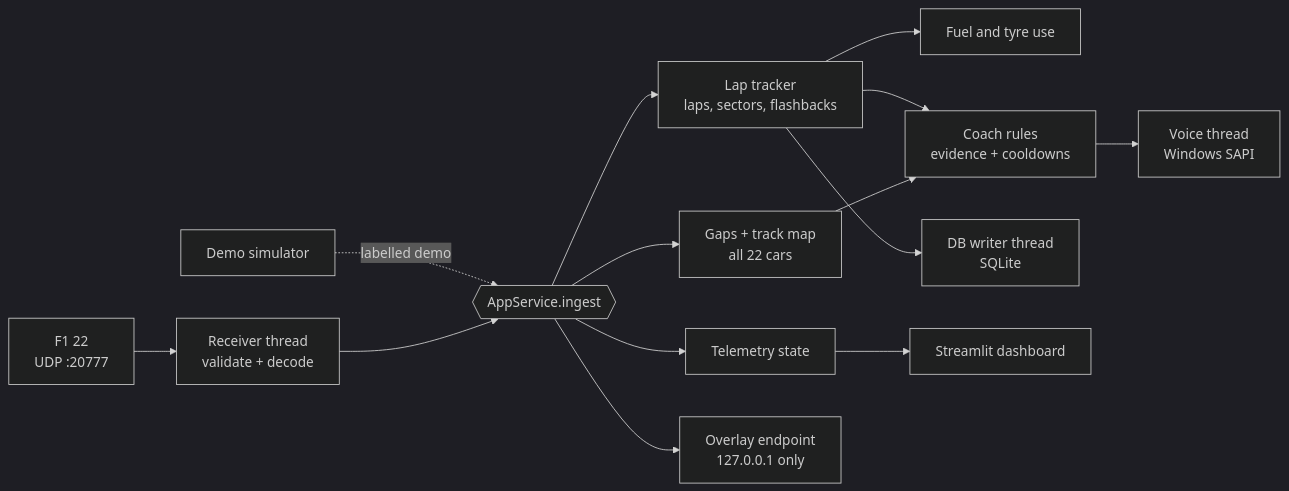
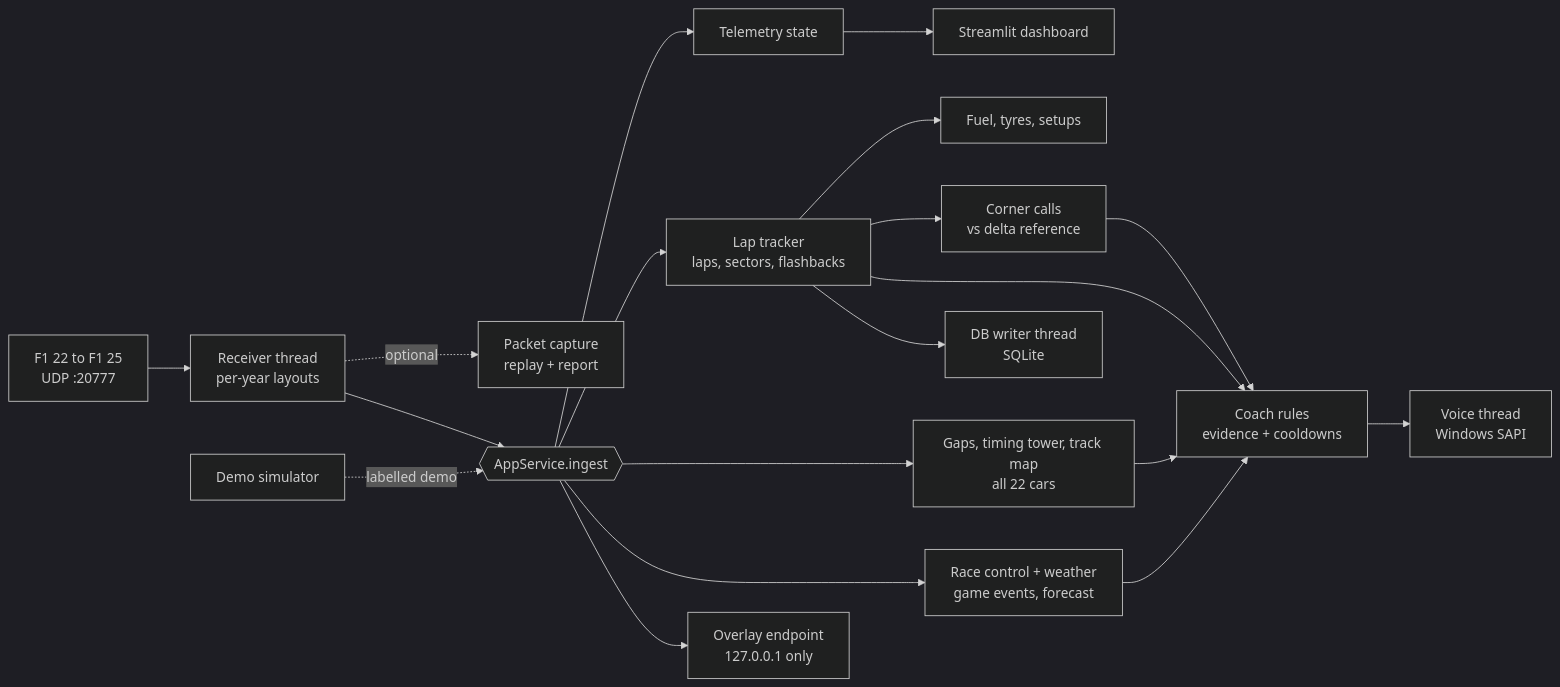
The diagram in README.md (arjun-nair1090/purplesector), drawn with Mermaid (dark theme) before and after one commit. The commit also changed other lines of this file and 69 other files, not shown here.

````diff
--- a/README.md
+++ b/README.md
@@ -137,16 +155,21 @@
 ```mermaid
 flowchart LR
-    G[F1 22<br>UDP :20777] --> R[Receiver thread<br>validate + decode]
+    G[F1 22 to F1 25<br>UDP :20777] --> R[Receiver thread<br>per-year layouts]
+    R -. optional .-> K[Packet capture<br>replay + report]
     D[Demo simulator] -. labelled demo .-> S
     R --> S{{AppService.ingest}}
     S --> T[Telemetry state]
     S --> L[Lap tracker<br>laps, sectors, flashbacks]
-    S --> P[Gaps + track map<br>all 22 cars]
-    L --> F[Fuel and tyre use]
+    S --> P[Gaps, timing tower, track map<br>all 22 cars]
+    S --> E[Race control + weather<br>game events, forecast]
+    L --> F[Fuel, tyres, setups]
+    L --> Q[Corner calls<br>vs delta reference]
     L --> C[Coach rules<br>evidence + cooldowns]
     P --> C
+    E --> C
+    Q --> C
     C --> V[Voice thread<br>Windows SAPI]
     L --> W[DB writer thread<br>SQLite]
     T --> UI[Streamlit dashboard]
     S --> O[Overlay endpoint<br>127.0.0.1 only]
 ```
````
